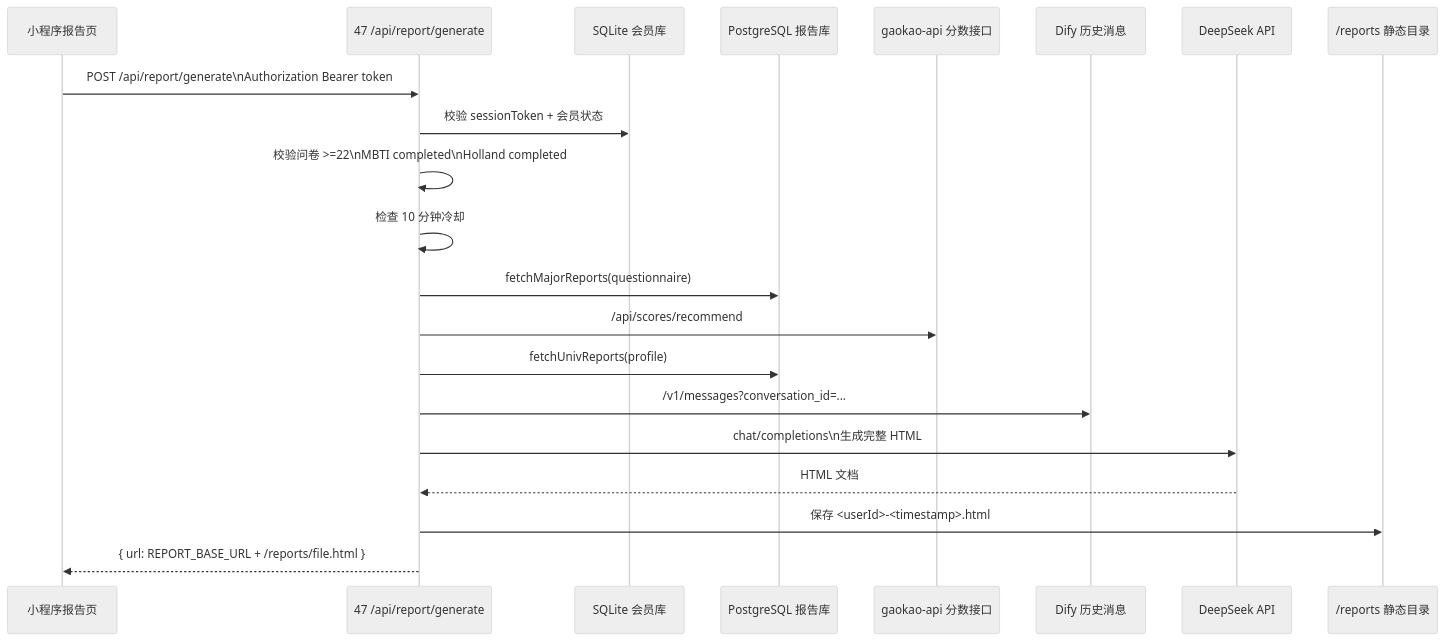
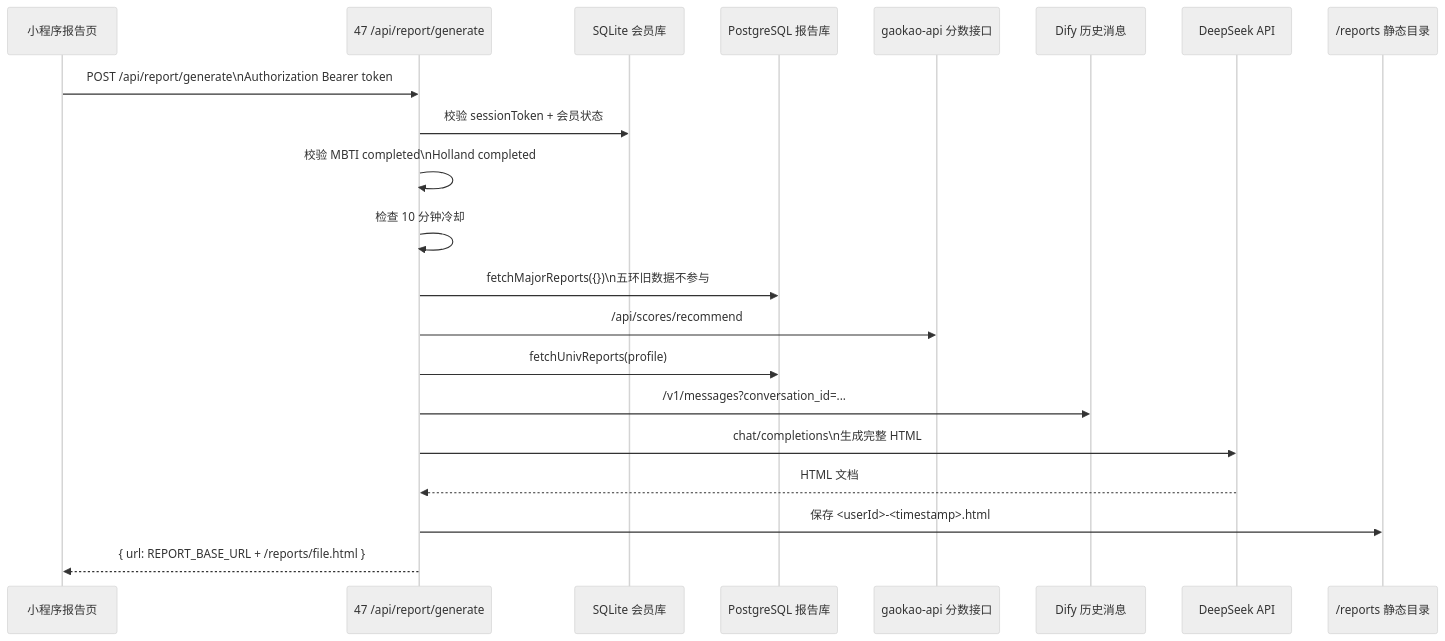
One commit to hrj-11055/gaokao-zhiyuan-agents changed the seventh of 10 diagrams in docs/miniprogram-call-chain-visual.md. Above: the diagram before and after it, drawn with Mermaid (neutral theme). The commit also changed other lines of this file and 112 other files, not shown here.

Commit message:
feat: improve VIP report flows

````diff
--- a/docs/miniprogram-call-chain-visual.md
+++ b/docs/miniprogram-call-chain-visual.md
@@ -253,24 +253,24 @@
 ```mermaid
 sequenceDiagram
   participant MP as 小程序报告页
   participant Proxy as 47 /api/report/generate
   participant Commerce as SQLite 会员库
   participant Pg as PostgreSQL 报告库
   participant Score as gaokao-api 分数接口
   participant Dify as Dify 历史消息
   participant DeepSeek as DeepSeek API
   participant Files as /reports 静态目录
 
   MP->>Proxy: POST /api/report/generate\nAuthorization Bearer token
   Proxy->>Commerce: 校验 sessionToken + 会员状态
-  Proxy->>Proxy: 校验问卷 >=22\nMBTI completed\nHolland completed
+  Proxy->>Proxy: 校验 MBTI completed\nHolland completed
   Proxy->>Proxy: 检查 10 分钟冷却
-  Proxy->>Pg: fetchMajorReports(questionnaire)
+  Proxy->>Pg: fetchMajorReports({})\n五环旧数据不参与
   Proxy->>Score: /api/scores/recommend
   Proxy->>Pg: fetchUnivReports(profile)
   Proxy->>Dify: /v1/messages?conversation_id=...
   Proxy->>DeepSeek: chat/completions\n生成完整 HTML
   DeepSeek-->>Proxy: HTML 文档
   Proxy->>Files: 保存 <userId>-<timestamp>.html
   Proxy-->>MP: { url: REPORT_BASE_URL + /reports/file.html }
 ```
````
